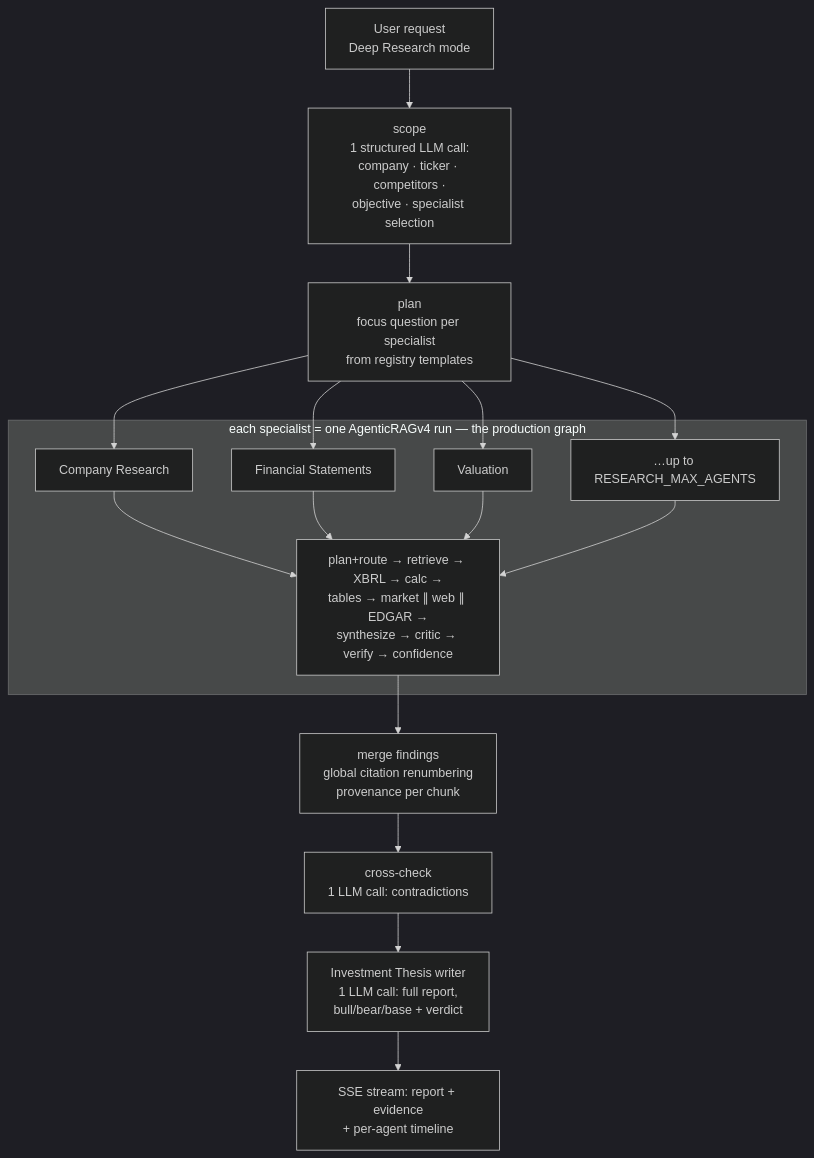
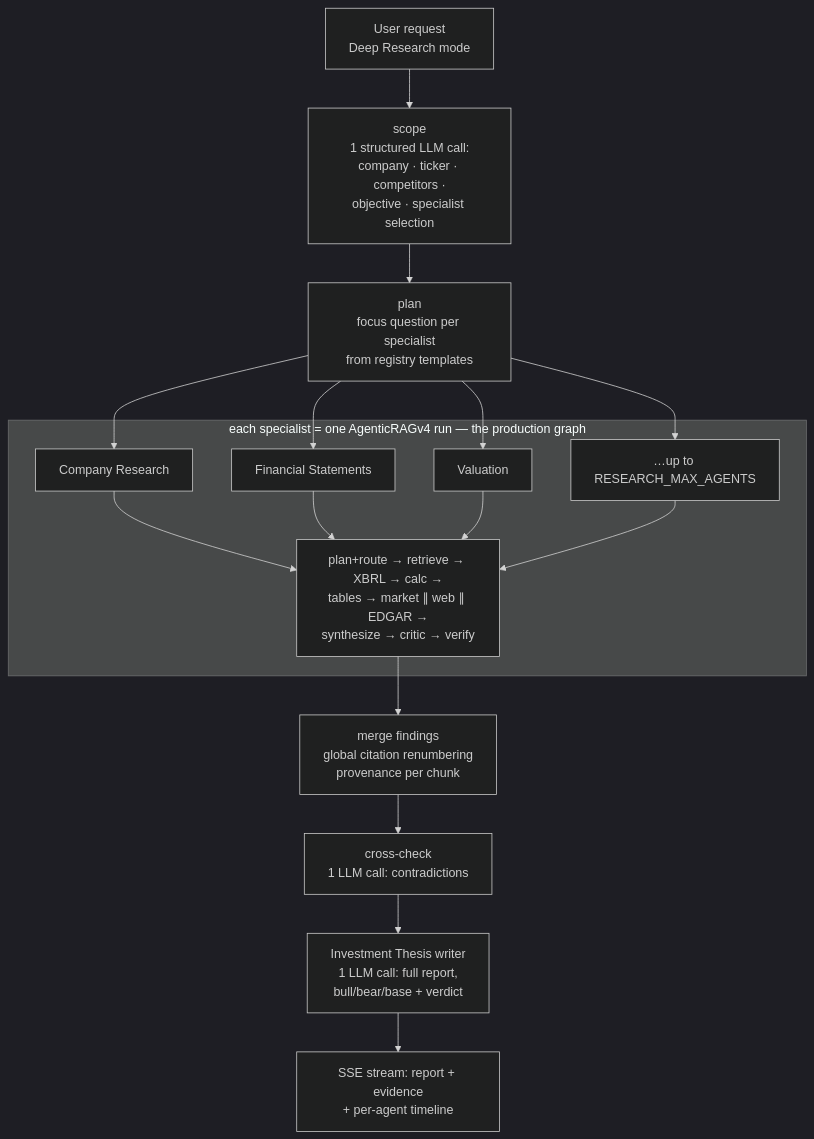
The diagram in docs/deep-research.md (sarthakg004/Bharat-Fin-Agent), drawn with Mermaid (dark theme) before and after one commit. The commit also changed other lines of this file and 22 other files, not shown here.

````diff
--- a/docs/deep-research.md
+++ b/docs/deep-research.md
@@ -46,19 +46,19 @@
 ```mermaid
 flowchart TD
     Q[User request<br/>Deep Research mode] --> S[scope<br/>1 structured LLM call:<br/>company · ticker · competitors ·<br/>objective · specialist selection]
     S --> P[plan<br/>focus question per specialist<br/>from registry templates]
     P --> A1[Company Research]
     P --> A2[Financial Statements]
     P --> A3[Valuation]
     P --> AN[…up to RESEARCH_MAX_AGENTS]
     subgraph runner [each specialist = one AgenticRAGv4 run — the production graph]
-        A1 --> R[plan+route → retrieve → XBRL → calc →<br/>tables → market ∥ web ∥ EDGAR →<br/>synthesize → critic → verify → confidence]
+        A1 --> R[plan+route → retrieve → XBRL → calc →<br/>tables → market ∥ web ∥ EDGAR →<br/>synthesize → critic → verify]
         A2 --> R
         A3 --> R
         AN --> R
     end
     R --> M[merge findings<br/>global citation renumbering<br/>provenance per chunk]
     M --> X[cross-check<br/>1 LLM call: contradictions]
     X --> T[Investment Thesis writer<br/>1 LLM call: full report,<br/>bull/bear/base + verdict]
     T --> OUT[SSE stream: report + evidence<br/>+ per-agent timeline]
 ```
````
